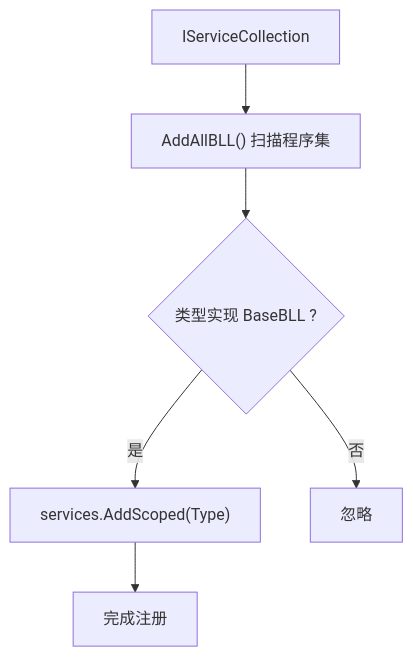
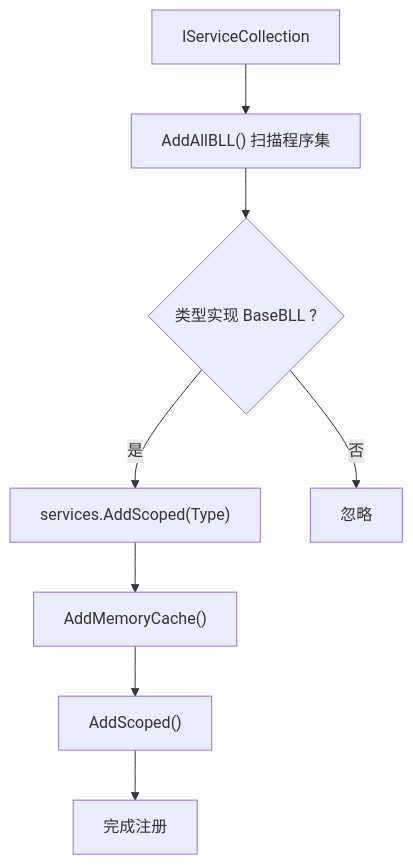
One commit to TinyMaD/SpeedRunnersLab changed the sixth of 7 diagrams in .qoder/repowiki/zh/content/后端 API 服务/API 架构设计.md. Above: the diagram before and after it, drawn with Mermaid. The commit also changed other lines of this file and 9 other files, not shown here.

````diff
--- a/.qoder/repowiki/zh/content/后端 API 服务/API 架构设计.md
+++ b/.qoder/repowiki/zh/content/后端 API 服务/API 架构设计.md
@@ -324,8 +373,10 @@
 ```mermaid
 flowchart TD
 A["IServiceCollection"] --> B["AddAllBLL() 扫描程序集"]
 B --> C{"类型实现 BaseBLL ?"}
 C --> |是| D["services.AddScoped(Type)"]
 C --> |否| E["忽略"]
-D --> F["完成注册"]
+D --> F["AddMemoryCache()"]
+F --> G["AddScoped<AchievementSchemaService>()"]
+G --> H["完成注册"]
 ```
````
